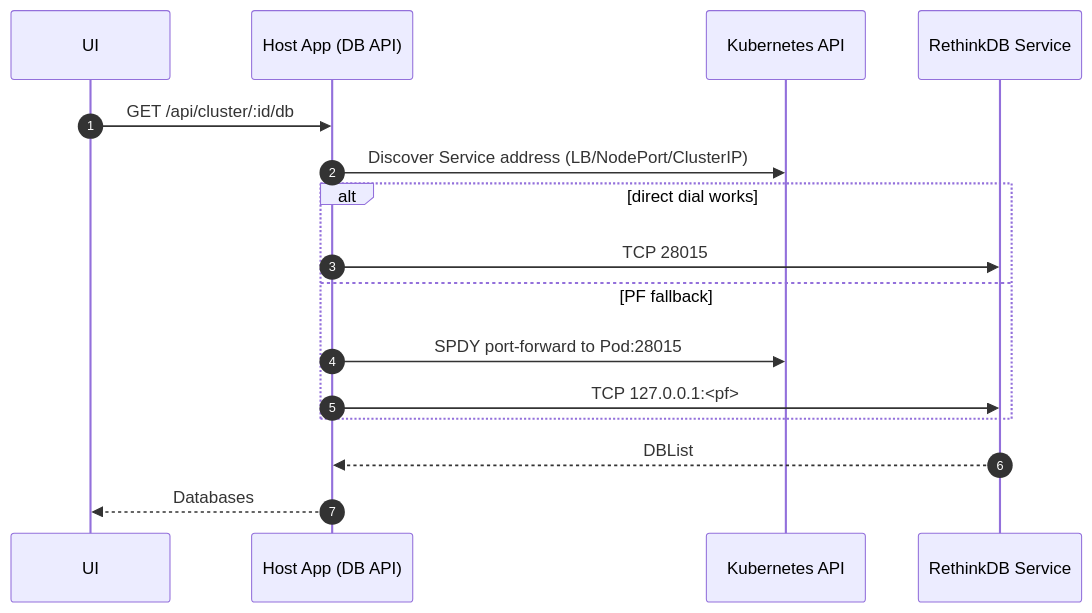
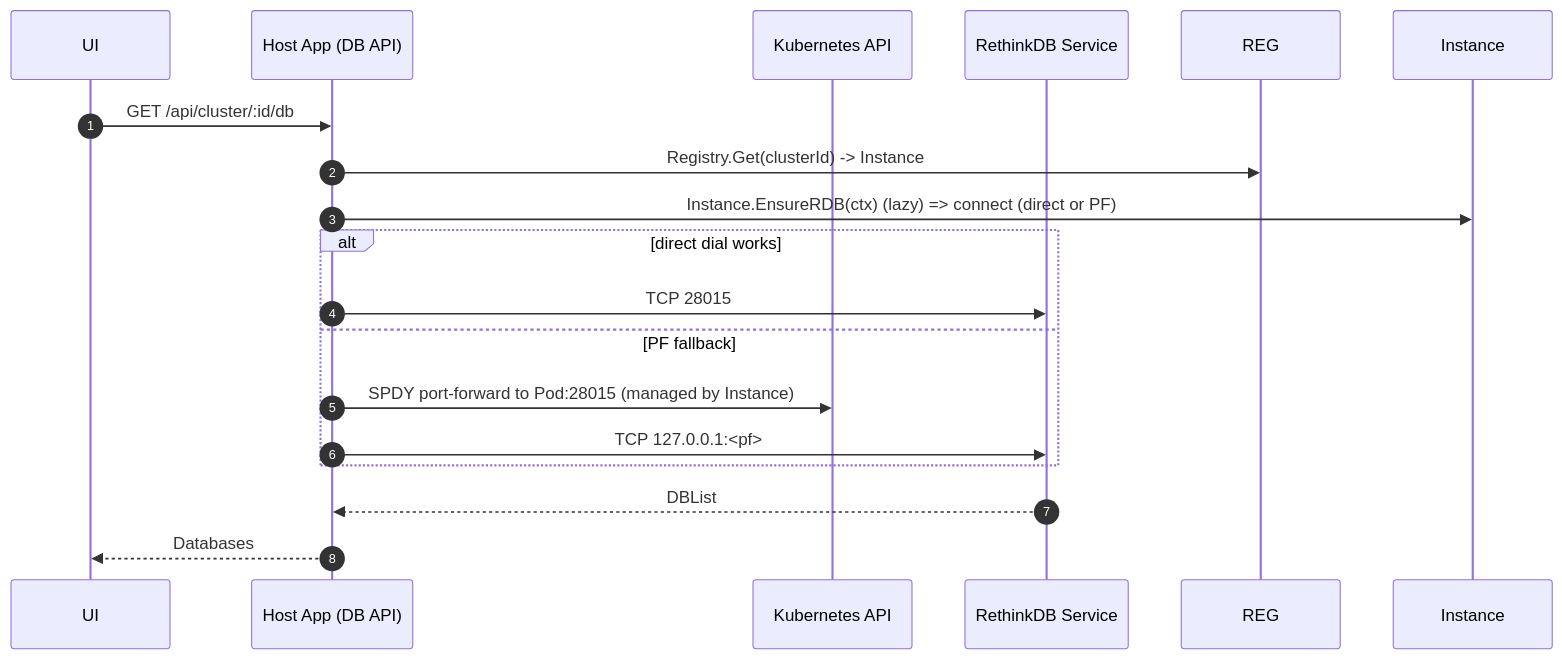
One commit to docxology/GuildNet changed the fourth of 4 diagrams in architecture.md. Above: the diagram before and after it, drawn with Mermaid. The commit also changed other lines of this file and 17 other files, not shown here.

First line of the commit message:
Refactor GuildNet architecture and enhance RethinkDB integration

````diff
--- a/architecture.md
+++ b/architecture.md
@@ -152,19 +169,20 @@
 ```mermaid
 sequenceDiagram
   autonumber
   participant U as UI
   participant B as Host App (DB API)
   participant K as Kubernetes API
   participant R as RethinkDB Service
 
   U->>B: GET /api/cluster/:id/db
-  B->>K: Discover Service address (LB/NodePort/ClusterIP)
+  B->>REG: Registry.Get(clusterId) -> Instance
+  B->>Instance: Instance.EnsureRDB(ctx) (lazy) => connect (direct or PF)
   alt direct dial works
     B->>R: TCP 28015
   else PF fallback
-    B->>K: SPDY port-forward to Pod:28015
+    B->>K: SPDY port-forward to Pod:28015 (managed by Instance)
     B->>R: TCP 127.0.0.1:<pf>
   end
   R-->>B: DBList
   B-->>U: Databases
 ```
````
